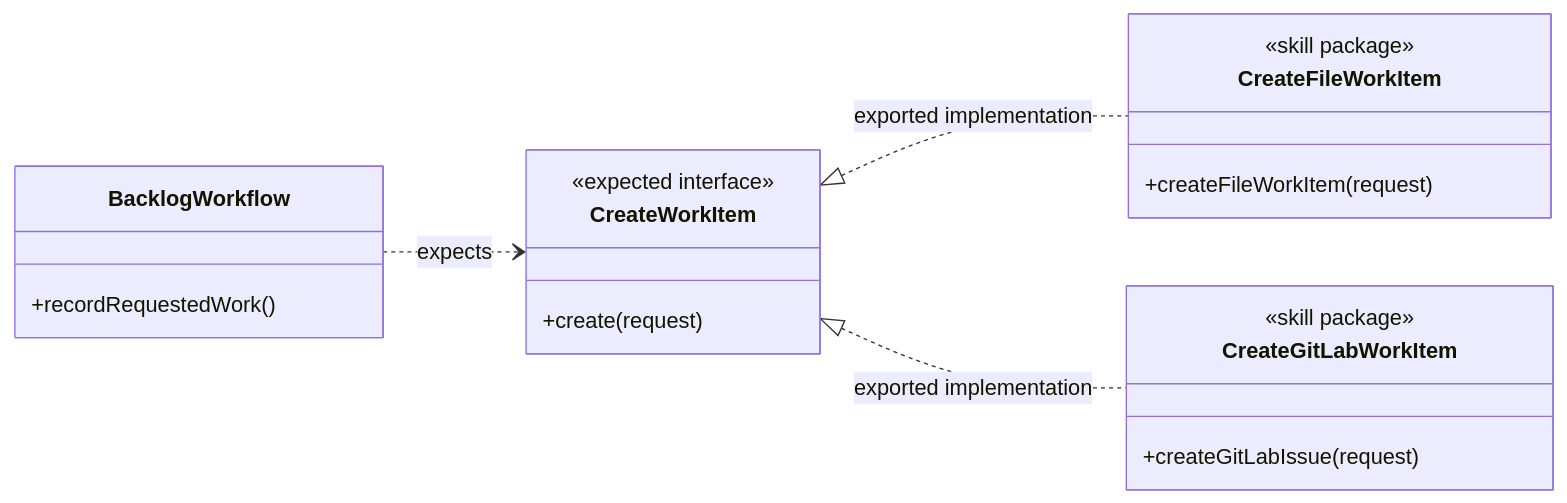
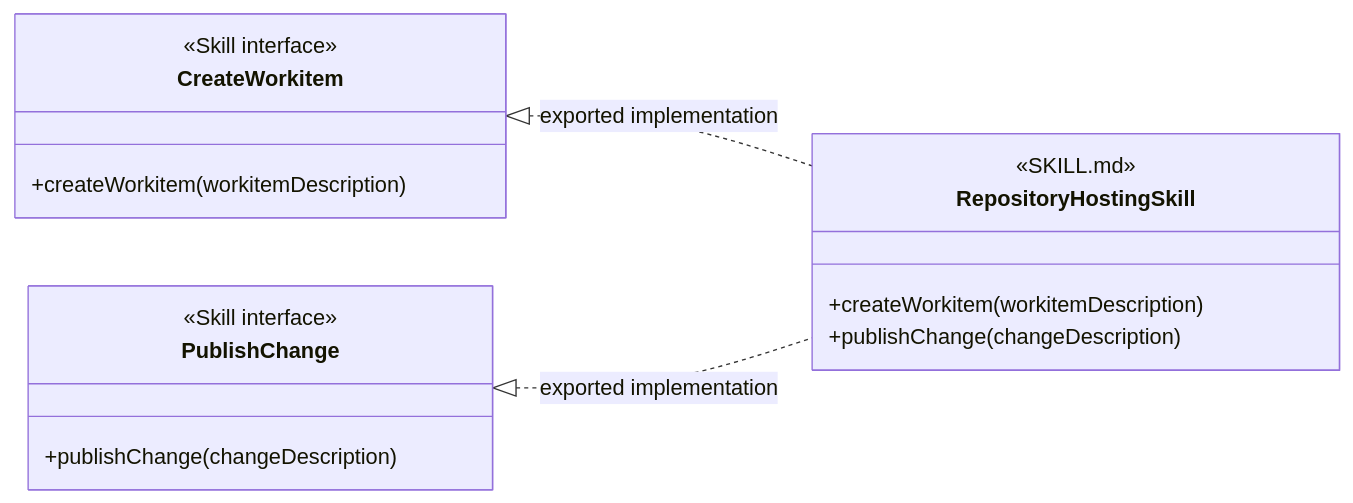
Before and after one commit to martinbechard/dev-methodology: the seventh of 10 diagrams in design/object-oriented-agent-and-skill-model.md, drawn with Mermaid. The commit also changed other lines of this file and 2 other files, not shown here.

Commit message:
Clarify injectable and coupled skill model

````diff
--- a/design/object-oriented-agent-and-skill-model.md
+++ b/design/object-oriented-agent-and-skill-model.md
@@ -147,27 +275,23 @@
 ```mermaid
 classDiagram
     direction LR
 
-    class BacklogWorkflow {
-        +recordRequestedWork()
+    class CreateWorkitem {
+        <<Skill interface>>
+        +createWorkitem(workitemDescription)
     }
 
-    class CreateWorkItem {
-        <<expected interface>>
-        +create(request)
+    class PublishChange {
+        <<Skill interface>>
+        +publishChange(changeDescription)
     }
 
-    class CreateFileWorkItem {
-        <<skill package>>
-        +createFileWorkItem(request)
+    class RepositoryHostingSkill {
+        <<SKILL.md>>
+        +createWorkitem(workitemDescription)
+        +publishChange(changeDescription)
     }
 
-    class CreateGitLabWorkItem {
-        <<skill package>>
-        +createGitLabIssue(request)
-    }
-
-    BacklogWorkflow ..> CreateWorkItem : expects
-    CreateWorkItem <|.. CreateFileWorkItem : exported implementation
-    CreateWorkItem <|.. CreateGitLabWorkItem : exported implementation
+    CreateWorkitem <|.. RepositoryHostingSkill : exported implementation
+    PublishChange <|.. RepositoryHostingSkill : exported implementation
 ```
````
